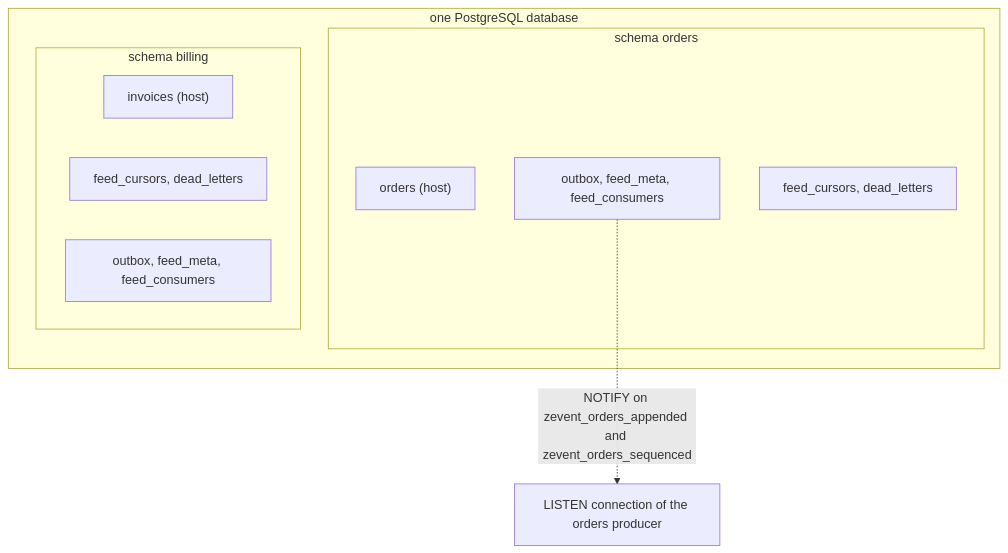
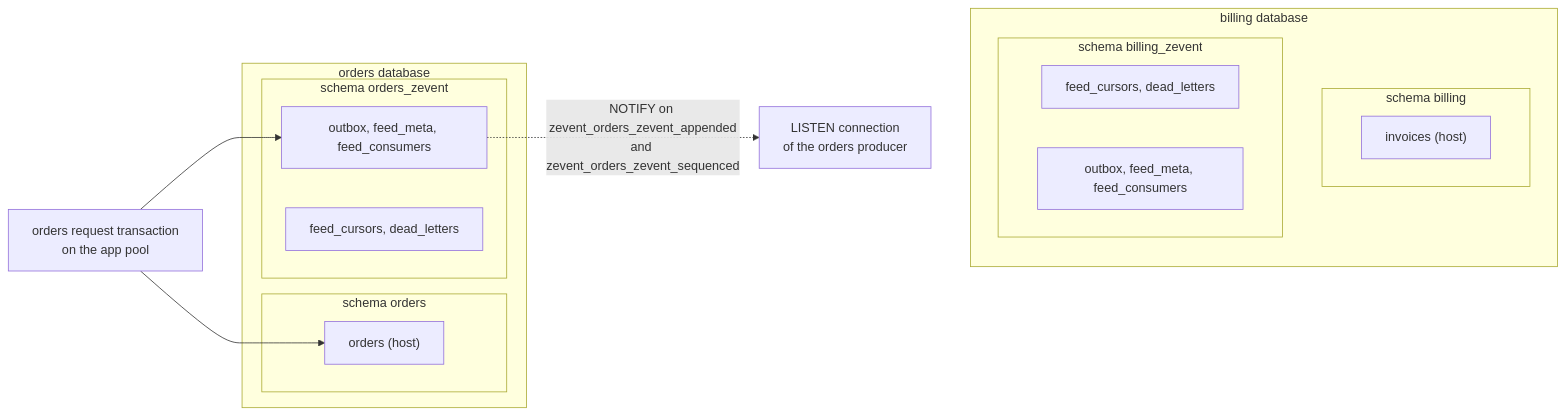
Diagram 16 of 17 in DESIGN.md (eugenezimin/z-event), drawn with Mermaid before and after one commit. The commit also changed other lines of this file and 3 other files, not shown here.

First line of the commit message:
Document the separate z-event schema and connection pool

````diff
--- a/DESIGN.md
+++ b/DESIGN.md
@@ -610,16 +612,27 @@
 ```mermaid
-flowchart TB
-    subgraph DB["one PostgreSQL database"]
-        subgraph S1["schema orders"]
+flowchart LR
+    REQ["orders request transaction<br/>on the app pool"]
+    subgraph ODB["orders database"]
+        subgraph OS["schema orders"]
             T1["orders (host)"]
+        end
+        subgraph OZ["schema orders_zevent"]
             O1["outbox, feed_meta, feed_consumers"]
             C1["feed_cursors, dead_letters"]
         end
-        subgraph S2["schema billing"]
+    end
+    LST["LISTEN connection<br/>of the orders producer"]
+    subgraph BDB["billing database"]
+        subgraph BS["schema billing"]
             T2["invoices (host)"]
+        end
+        subgraph BZ["schema billing_zevent"]
             C2["feed_cursors, dead_letters"]
             O2["outbox, feed_meta, feed_consumers"]
         end
     end
-    O1 -.->|"NOTIFY on zevent_orders_appended and zevent_orders_sequenced"| LST["LISTEN connection of the orders producer"]
+    REQ --> T1
+    REQ --> O1
+    O1 -.->|"NOTIFY on zevent_orders_zevent_appended<br/>and zevent_orders_zevent_sequenced"| LST
+    LST ~~~ BDB
 ```
````
